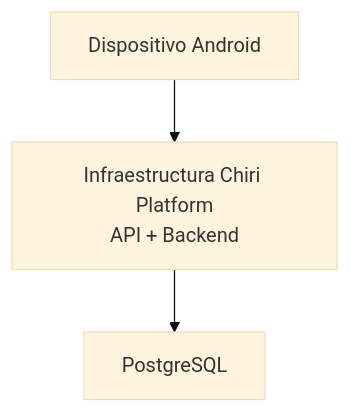
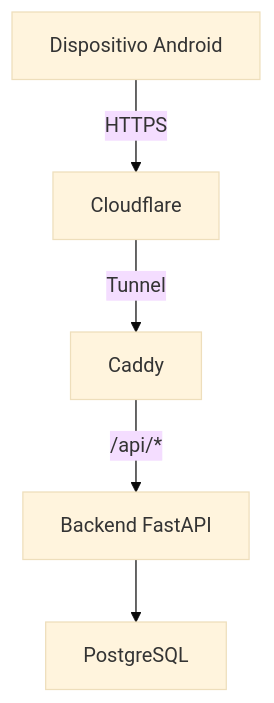
Before and after one commit to chirijose79-ui/Chiri: the second of 5 diagrams in docs/080_Despliegue.md, drawn with Mermaid (base theme). The commit also changed other lines of this file, not shown here.

Commit message:
docs: actualizar despliegue de Chiri Platform

````diff
--- a/docs/080_Despliegue.md
+++ b/docs/080_Despliegue.md
@@ -159,10 +159,14 @@
 ```mermaid
 flowchart TD
 
-    DispositivoAndroid --> ServidorChiri
-    ServidorChiri --> PostgreSQL
+    DispositivoAndroid -->|HTTPS| Cloudflare
+    Cloudflare -->|Tunnel| Caddy
+    Caddy -->|/api/*| Backend
+    Backend --> PostgreSQL
 
     DispositivoAndroid["Dispositivo Android"]
-    ServidorChiri["Infraestructura Chiri Platform<br/>API + Backend"]
+    Cloudflare["Cloudflare"]
+    Caddy["Caddy"]
+    Backend["Backend FastAPI"]
     PostgreSQL["PostgreSQL"]
 ```
````
